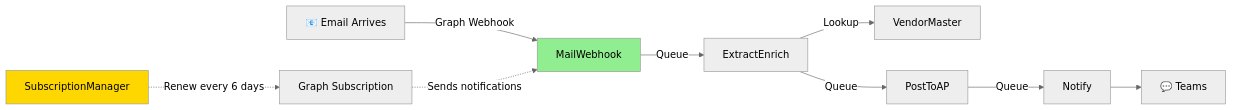
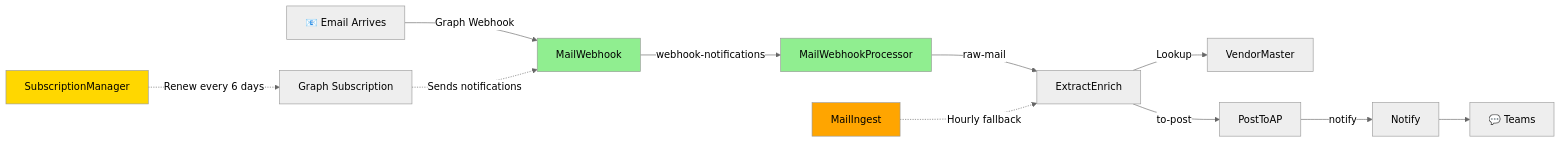
The diagram in README.md (afoxnyc3/invoice-agent), drawn with Mermaid (neutral theme) before and after one commit. The commit also changed other lines of this file and 2 other files, not shown here.

````diff
--- a/README.md
+++ b/README.md
@@ -127,15 +128,20 @@
 ```mermaid
 graph LR
     A[📧 Email Arrives] -->|Graph Webhook| B[MailWebhook]
-    B -->|Queue| C[ExtractEnrich]
+    B -->|webhook-notifications| B2[MailWebhookProcessor]
+    B2 -->|raw-mail| C[ExtractEnrich]
     C -->|Lookup| D[VendorMaster]
-    C -->|Queue| E[PostToAP]
-    E -->|Queue| F[Notify]
+    C -->|to-post| E[PostToAP]
+    E -->|notify| F[Notify]
     F --> G[💬 Teams]
 
     H[SubscriptionManager] -.->|Renew every 6 days| I[Graph Subscription]
     I -.->|Sends notifications| B
 
+    J[MailIngest] -.->|Hourly fallback| C
+
     style B fill:#90EE90
+    style B2 fill:#90EE90
     style H fill:#FFD700
+    style J fill:#FFA500
 ```
````
